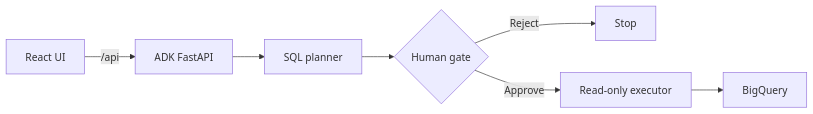
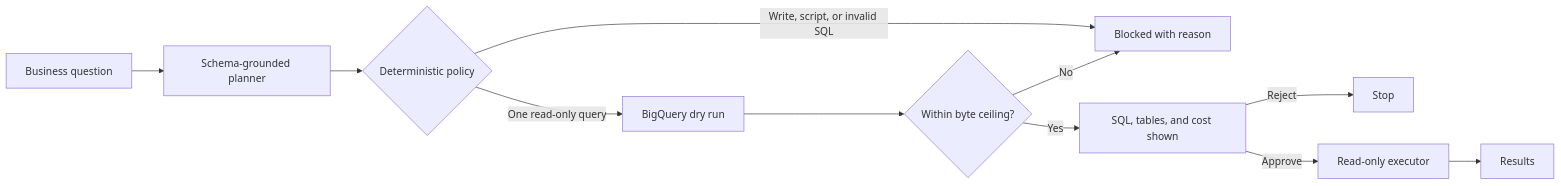
The diagram in README.md (tryambak2019/sql-execution-gate), drawn with Mermaid before and after one commit. The commit also changed other lines of this file and 72 other files, not shown here.

Commit message:
Harden SQL gate and visualization workflow

````diff
--- a/README.md
+++ b/README.md
@@ -35,9 +26,13 @@
 ```mermaid
 flowchart LR
-    U["React UI"] -->|"/api"| A["ADK FastAPI"]
-    A --> P["SQL planner"]
-    P --> G{"Human gate"}
-    G -->|Reject| X["Stop"]
-    G -->|Approve| E["Read-only executor"]
-    E --> B["BigQuery"]
+    Q[Business question] --> P[Schema-grounded planner]
+    P --> V{Deterministic policy}
+    V -->|Write, script, or invalid SQL| B[Blocked with reason]
+    V -->|One read-only query| D[BigQuery dry run]
+    D --> C{Within byte ceiling?}
+    C -->|No| B
+    C -->|Yes| H[SQL, tables, and cost shown]
+    H -->|Reject| X[Stop]
+    H -->|Approve| E[Read-only executor]
+    E --> R[Results]
 ```
````
